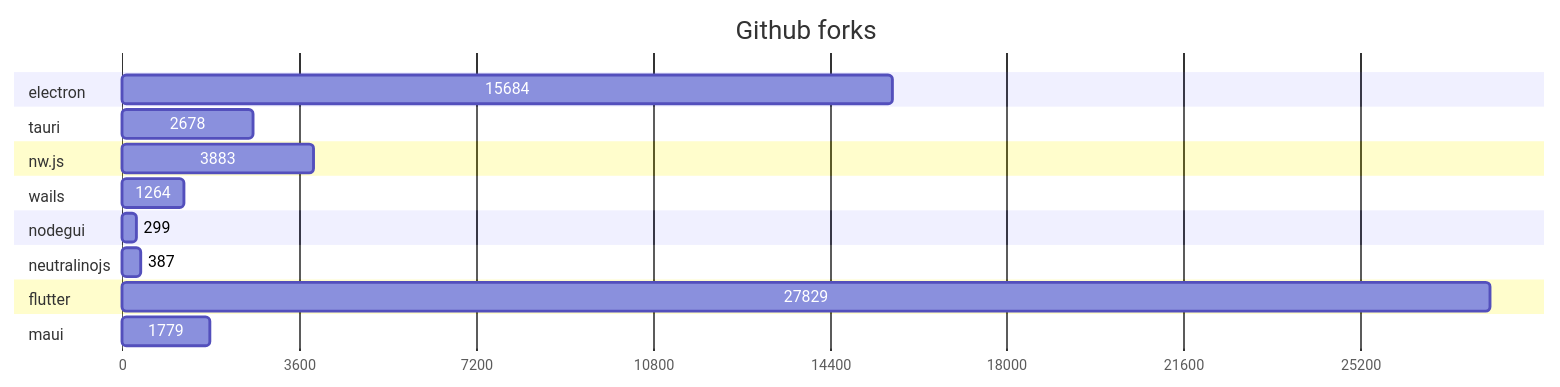
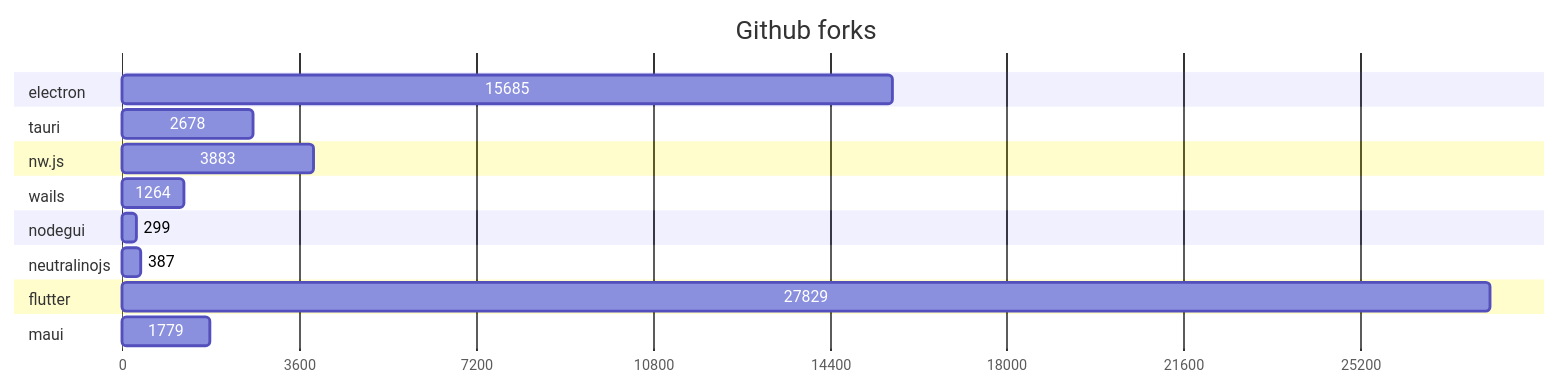
The second of 2 diagrams in GRAPHS.md (Elanis/web-to-desktop-framework-comparison), drawn with Mermaid before and after one commit. The commit also changed other lines of this file and 1 other file, not shown here.

Commit message:
Update stars & Fork

````diff
--- a/GRAPHS.md
+++ b/GRAPHS.md
@@ -47,40 +47,40 @@
 ```mermaid
 gantt
     title Github forks
     dateFormat  X
     axisFormat %s
 
 
 	section electron
-	15684 : 0, 15684
+	15685 : 0, 15685
 
 	
 	section tauri
 	2678 : 0, 2678
 
 	
 	section nw.js
 	3883 : 0, 3883
 
 	
 	section wails
 	1264 : 0, 1264
 
 	
 	section nodegui
 	299 : 0, 299
 
 	
 	section neutralinojs
 	387 : 0, 387
 
 	
 	section flutter
 	27829 : 0, 27829
 
 	
 	section maui
 	1779 : 0, 1779
 
 	
 ```
````
